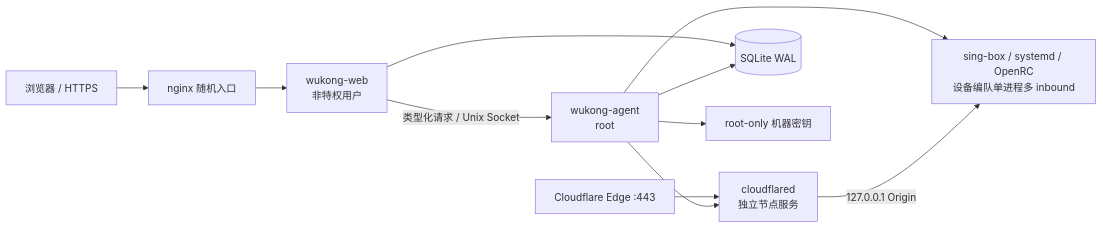
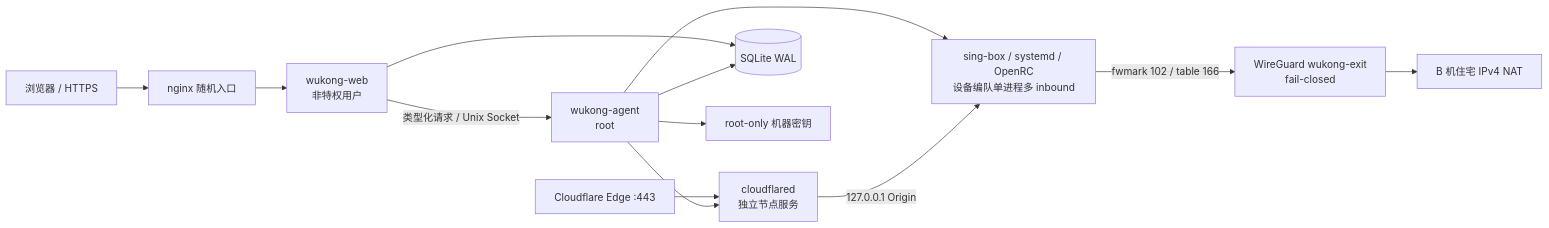
The diagram in README.md (252201/wukong-panel), drawn with Mermaid before and after one commit. The commit also changed other lines of this file and 20 other files, not shown here.

````diff
--- a/README.md
+++ b/README.md
@@ -147,13 +161,15 @@
 ```mermaid
 flowchart LR
   B["浏览器 / HTTPS"] --> N["nginx 随机入口"]
   N --> W["wukong-web\n非特权用户"]
   W -->|"类型化请求 / Unix Socket"| A["wukong-agent\nroot"]
   A --> S["sing-box / systemd / OpenRC\n设备编队单进程多 inbound"]
+  S -->|"fwmark 102 / table 166"| G["WireGuard wukong-exit\nfail-closed"]
+  G --> R["B 机住宅 IPv4 NAT"]
   C["Cloudflare Edge :443"] --> F["cloudflared\n独立节点服务"]
   F -->|"127.0.0.1 Origin"| S
   A --> F
   W --> D[("SQLite WAL")]
   A --> D
   A --> K["root-only 机器密钥"]
 ```
````
